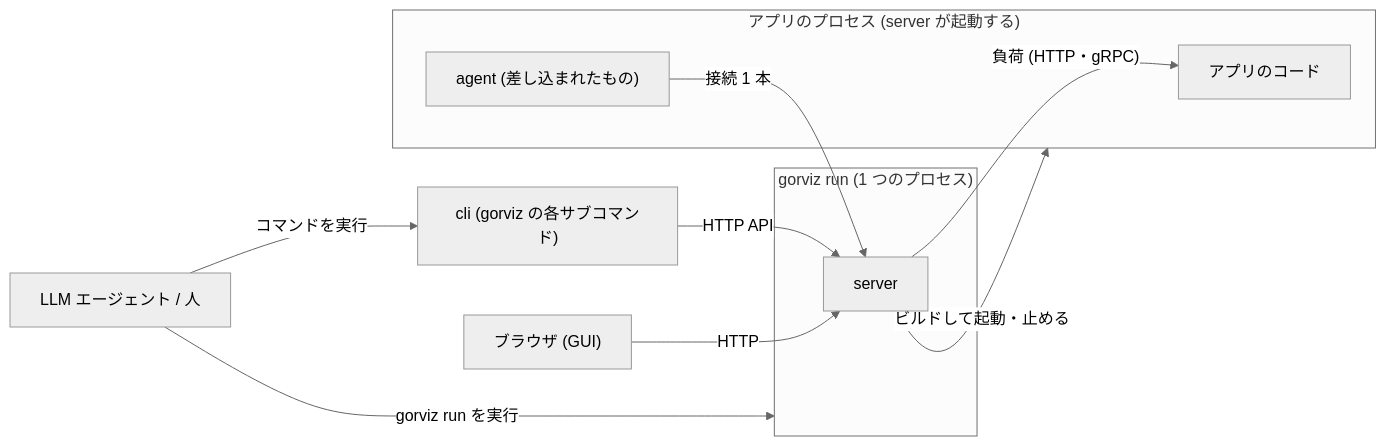
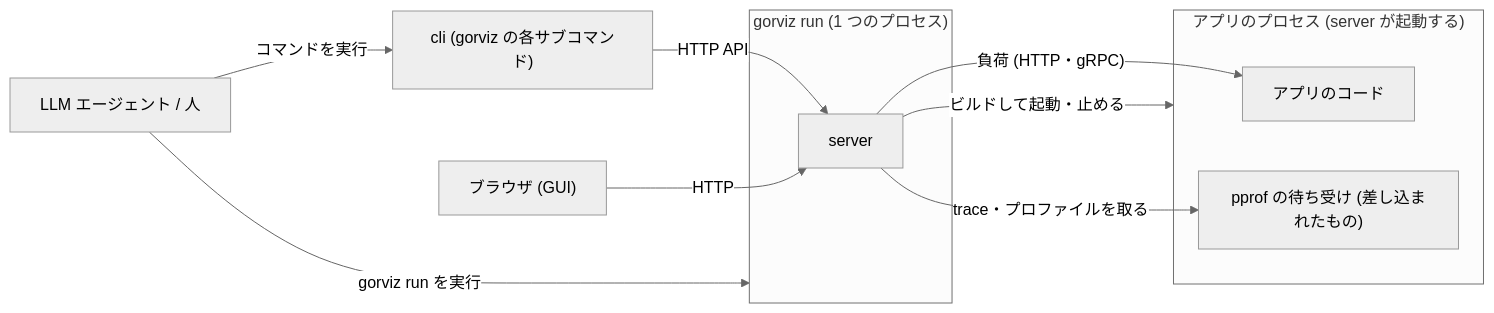
The first of 7 diagrams in docs/design.md (kakkky/gorviz), drawn with Mermaid (neutral theme) before and after one commit. The commit also changed other lines of this file and 62 other files, not shown here.

````diff
--- a/docs/design.md
+++ b/docs/design.md
@@ -79,21 +74,21 @@
 ```mermaid
 flowchart LR
     llm["LLM エージェント / 人"]
     subgraph run["gorviz run (1 つのプロセス)"]
         server["server"]
     end
     subgraph appproc["アプリのプロセス (server が起動する)"]
         app["アプリのコード"]
-        agent["agent (差し込まれたもの)"]
+        pprof["pprof の待ち受け (差し込まれたもの)"]
     end
     cli["cli (gorviz の各サブコマンド)"]
     browser["ブラウザ (GUI)"]
 
     llm -->|"gorviz run を実行"| run
     server -->|"ビルドして起動・止める"| appproc
-    agent -->|"接続 1 本"| server
+    server -->|"trace・プロファイルを取る"| pprof
     server -->|"負荷 (HTTP・gRPC)"| app
     llm -->|"コマンドを実行"| cli
     cli -->|"HTTP API"| server
     browser -->|"HTTP"| server
 ```
````
